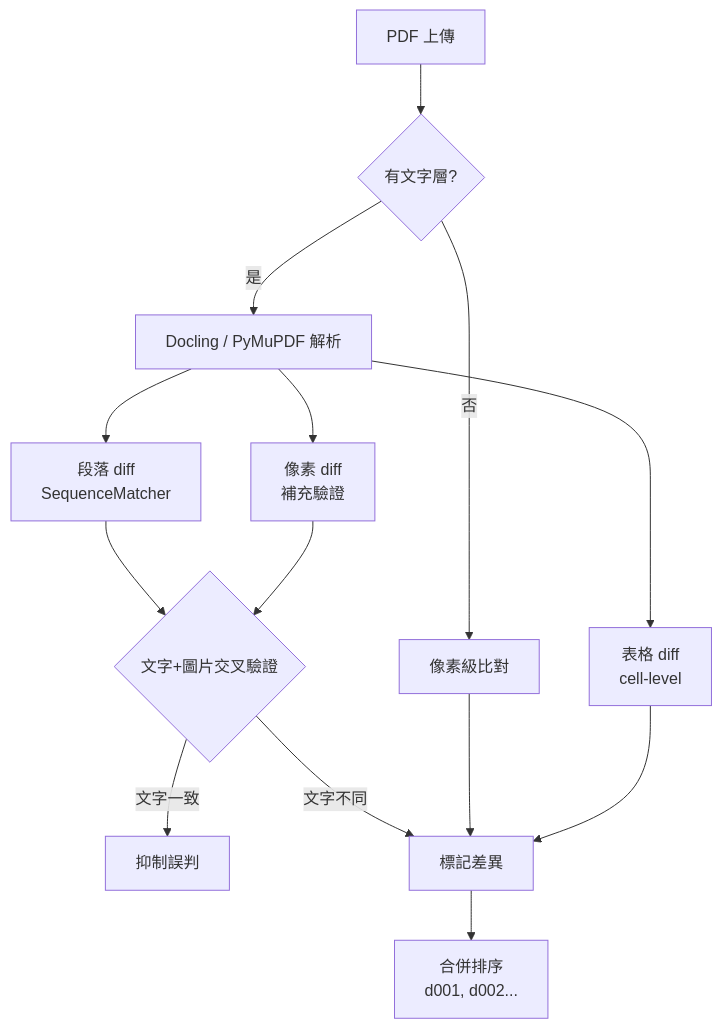
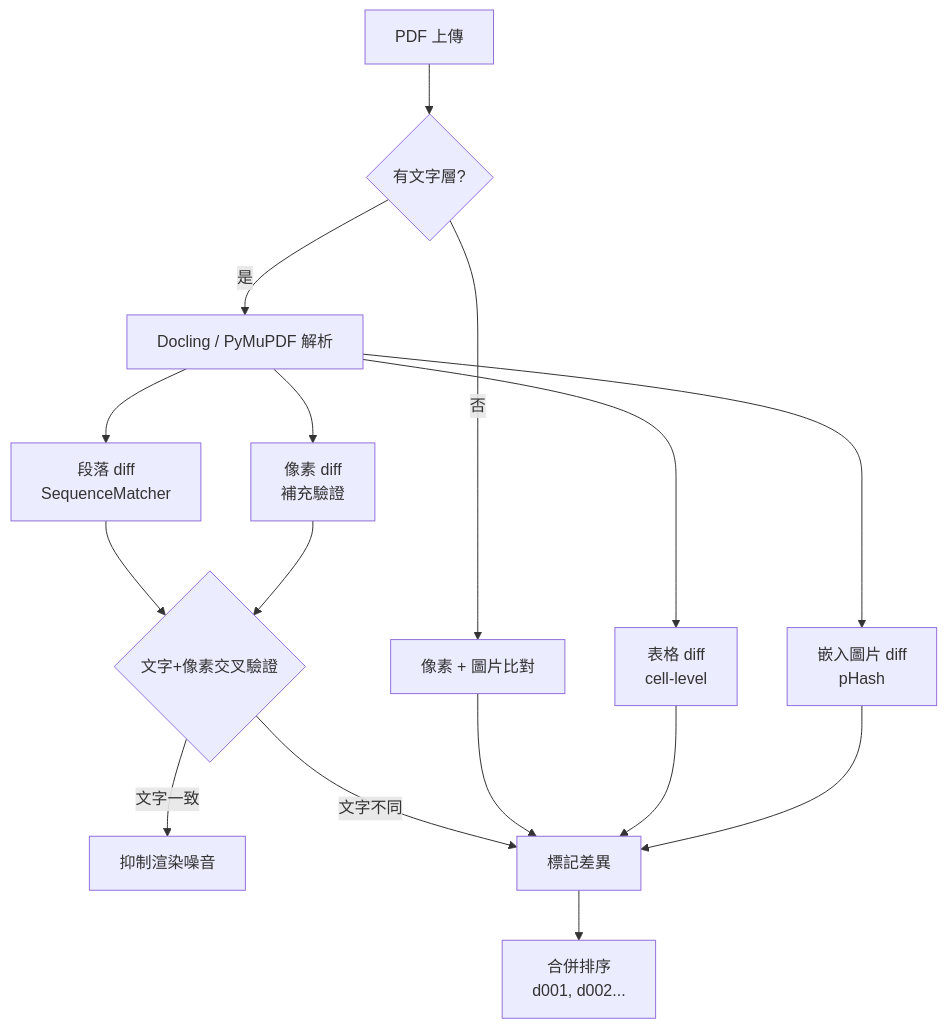
One commit to a9181873/PDF_check changed the second of 3 diagrams in docs/technical-architecture.md. Above: the diagram before and after it, drawn with Mermaid. The commit also changed other lines of this file and 1 other file, not shown here.

Commit message:
Docs: Update README and technical architecture with diff engine overhaul details

````diff
--- a/docs/technical-architecture.md
+++ b/docs/technical-architecture.md
@@ -96,16 +96,18 @@
 ```mermaid
 graph TD
     A[PDF 上傳] --> B{有文字層?}
     B -->|是| C[Docling / PyMuPDF 解析]
-    B -->|否| D[像素級比對]
+    B -->|否| D[像素 + 圖片比對]
     C --> E[段落 diff<br/>SequenceMatcher]
     C --> F[表格 diff<br/>cell-level]
     C --> G[像素 diff<br/>補充驗證]
-    E --> H{文字+圖片交叉驗證}
-    G --> H
-    H -->|文字一致| I[抑制誤判]
-    H -->|文字不同| J[標記差異]
-    D --> J
-    F --> J
-    J --> K[合併排序<br/>d001, d002...]
+    C --> H[嵌入圖片 diff<br/>pHash]
+    E --> I{文字+像素交叉驗證}
+    G --> I
+    I -->|文字一致| J[抑制渲染噪音]
+    I -->|文字不同| K[標記差異]
+    D --> K
+    F --> K
+    H --> K
+    K --> L[合併排序<br/>d001, d002...]
 ```
````
